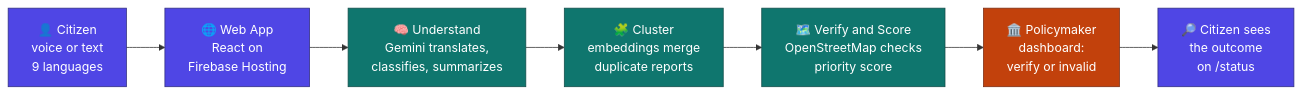
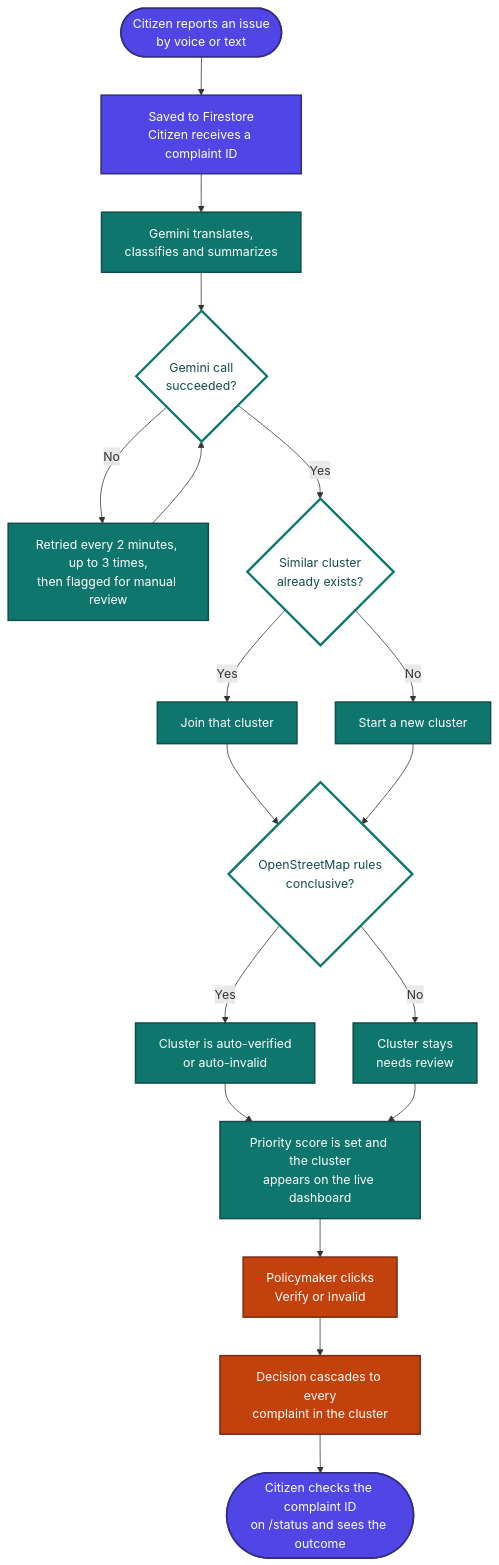
The diagram in README.md (dev-duet/pledoc-app), drawn with Mermaid before and after one commit. The commit also changed other lines of this file, not shown here.

````diff
--- a/README.md
+++ b/README.md
@@ -78,16 +79,41 @@
 ```mermaid
-flowchart LR
-    A["👤 Citizen<br/>voice or text<br/>9 languages"] --> B["🌐 Web App<br/>React on<br/>Firebase Hosting"]
-    B --> C["🧠 Understand<br/>Gemini translates,<br/>classifies, summarizes"]
-    C --> D["🧩 Cluster<br/>embeddings merge<br/>duplicate reports"]
-    D --> E["🗺️ Verify and Score<br/>OpenStreetMap checks<br/>priority score"]
-    E --> F["🏛️ Policymaker<br/>dashboard:<br/>verify or invalid"]
-    F --> G["🔎 Citizen sees<br/>the outcome<br/>on /status"]
+flowchart TD
+    A(["Citizen reports an issue<br/>by voice or text"])
+    B["Saved to Firestore<br/>Citizen receives a complaint ID"]
+    C["Gemini translates,<br/>classifies and summarizes"]
+    D{"Gemini call<br/>succeeded?"}
+    R["Retried every 2 minutes, up to 3 times,<br/>then flagged for manual review"]
+    E{"Similar cluster<br/>already exists?"}
+    J["Join that cluster"]
+    N["Start a new cluster"]
+    G{"OpenStreetMap rules<br/>conclusive?"}
+    V["Cluster is auto-verified<br/>or auto-invalid"]
+    H["Cluster stays<br/>needs review"]
+    P["Priority score is set and the cluster<br/>appears on the live dashboard"]
+    X["Policymaker clicks<br/>Verify or Invalid"]
+    Y["Decision cascades to every<br/>complaint in the cluster"]
+    Z(["Citizen checks the complaint ID<br/>on /status and sees the outcome"])
 
-    classDef citizen fill:#4F46E5,stroke:#312E81,color:#fff;
-    classDef ai fill:#0F766E,stroke:#134E4A,color:#fff;
-    classDef decide fill:#C2410C,stroke:#7C2D12,color:#fff;
-    class A,B,G citizen;
-    class C,D,E ai;
-    class F decide;
+    A --> B --> C --> D
+    D -->|No| R
+    R --> D
+    D -->|Yes| E
+    E -->|Yes| J
+    E -->|No| N
+    J --> G
+    N --> G
+    G -->|Yes| V
+    G -->|No| H
+    V --> P
+    H --> P
+    P --> X --> Y --> Z
+
+    classDef citizen fill:#4F46E5,stroke:#312E81,color:#ffffff,stroke-width:2px;
+    classDef ai fill:#0F766E,stroke:#134E4A,color:#ffffff,stroke-width:2px;
+    classDef decision fill:#ffffff,stroke:#0F766E,color:#134E4A,stroke-width:3px;
+    classDef human fill:#C2410C,stroke:#7C2D12,color:#ffffff,stroke-width:2px;
+    class A,B,Z citizen;
+    class C,R,J,N,V,H,P ai;
+    class D,E,G decision;
+    class X,Y human;
 ```
````
